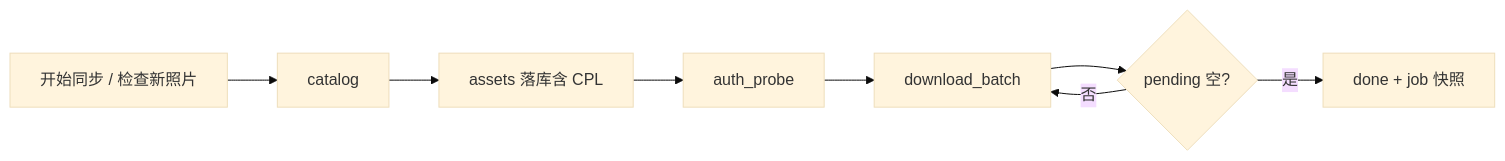
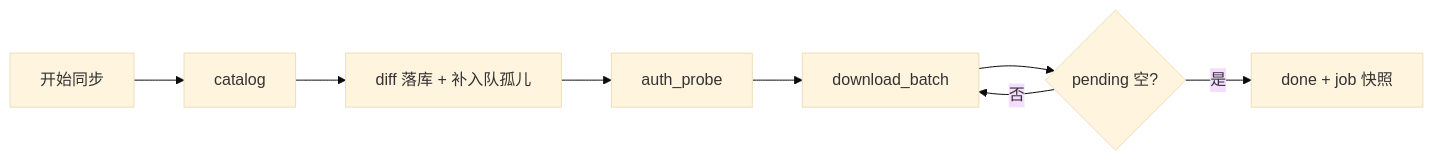
The second of 3 diagrams in apps/admin/src/views/album/cloudSyncFlow.md (cz6c/ll-admin), drawn with Mermaid (base theme) before and after one commit. The commit also changed other lines of this file and 27 other files, not shown here.

````diff
--- a/apps/admin/src/views/album/cloudSyncFlow.md
+++ b/apps/admin/src/views/album/cloudSyncFlow.md
@@ -41,10 +60,10 @@
 ```mermaid
 flowchart LR
-  A[开始同步 / 检查新照片] --> B[catalog]
-  B --> C[assets 落库含 CPL]
+  A[开始同步] --> B[catalog]
+  B --> C[diff 落库 + 补入队孤儿]
   C --> D[auth_probe]
   D --> E[download_batch]
   E --> F{pending 空?}
   F -->|否| E
   F -->|是| G[done + job 快照]
 ```
````
